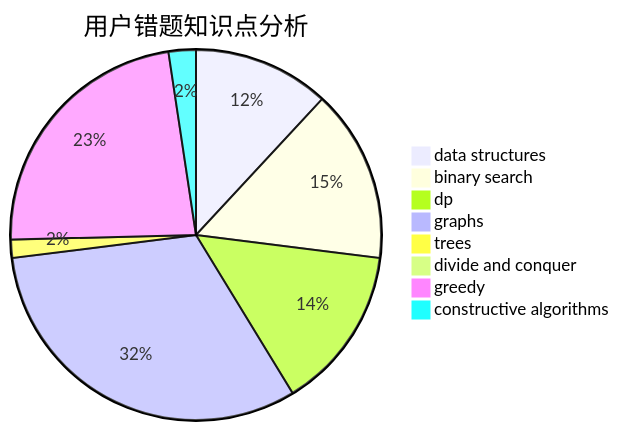
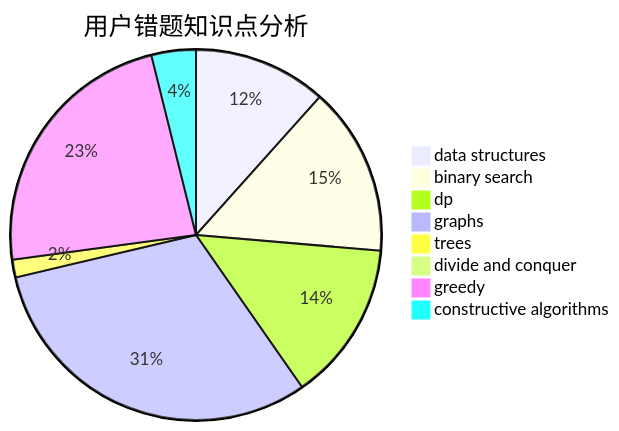
Before and after one commit to sherpahu/cfrs.github.io: the third of 3 diagrams in docs/user/u1756.md, drawn with Mermaid. The commit also changed other lines of this file and 2770 other files, not shown here.

````diff
--- a/docs/user/u1756.md
+++ b/docs/user/u1756.md
@@ -36,11 +36,11 @@
 ```mermaid
 pie title 用户错题知识点分析
     "data structures" :  15
     "binary search" :  19
     "dp" :  18
     "graphs" :  40
     "trees" :  2
     "divide and conquer" :  0
-    "greedy" :  29
-    "constructive algorithms" :  3
+    "greedy" :  30
+    "constructive algorithms" :  5
 ```
````
